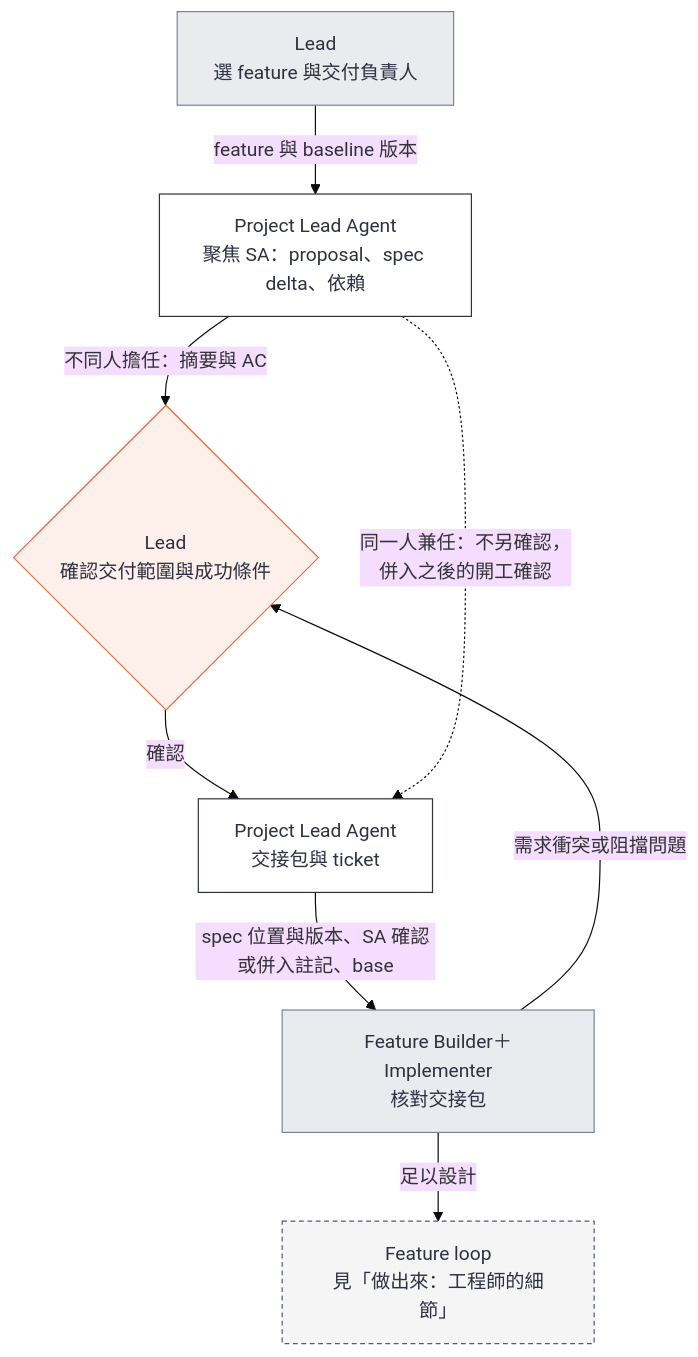
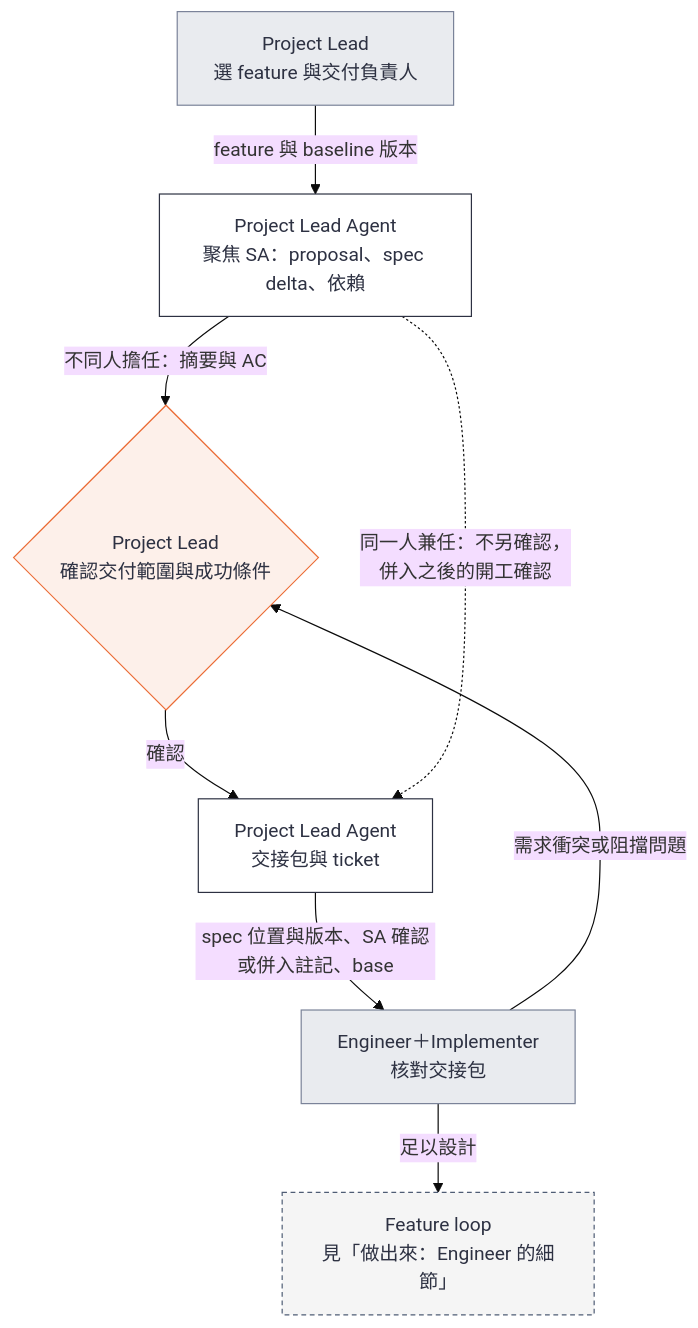
Before and after one commit to ellis429/loop-engineering: the third of 5 diagrams in docs/guide/reference.md, drawn with Mermaid (base theme). The commit also changed other lines of this file and 4 other files, not shown here.

First line of the commit message:
docs: name the human roles Project Lead and Engineer

````diff
--- a/docs/guide/reference.md
+++ b/docs/guide/reference.md
@@ -332,20 +332,20 @@
 ```mermaid
 flowchart TD
-    A["Lead<br/>選 feature 與交付負責人"]:::human
+    A["Project Lead<br/>選 feature 與交付負責人"]:::human
     B["Project Lead Agent<br/>聚焦 SA：proposal、spec delta、依賴"]:::agent
-    C{"Lead<br/>確認交付範圍與成功條件"}:::gate
+    C{"Project Lead<br/>確認交付範圍與成功條件"}:::gate
     D["Project Lead Agent<br/>交接包與 ticket"]:::agent
-    E["Feature Builder＋Implementer<br/>核對交接包"]:::human
-    F["Feature loop<br/>見「做出來：工程師的細節」"]:::mech
+    E["Engineer＋Implementer<br/>核對交接包"]:::human
+    F["Feature loop<br/>見「做出來：Engineer 的細節」"]:::mech
     A -->|feature 與 baseline 版本| B
     B -->|不同人擔任：摘要與 AC| C
     C -->|確認| D
     B -.->|同一人兼任：不另確認，<br/>併入之後的開工確認| D
     D -->|spec 位置與版本、SA 確認或併入註記、base| E
     E -->|需求衝突或阻擋問題| C
     E -->|足以設計| F
     classDef human fill:#e9ebef,stroke:#7a8399,color:#2d3142
     classDef agent fill:#ffffff,stroke:#2d3142,color:#2d3142
     classDef gate fill:#fdf0ea,stroke:#eb6c36,color:#2d3142
     classDef mech fill:#f5f5f5,stroke:#4f5d75,stroke-dasharray:4 3,color:#2d3142
 ```
````
